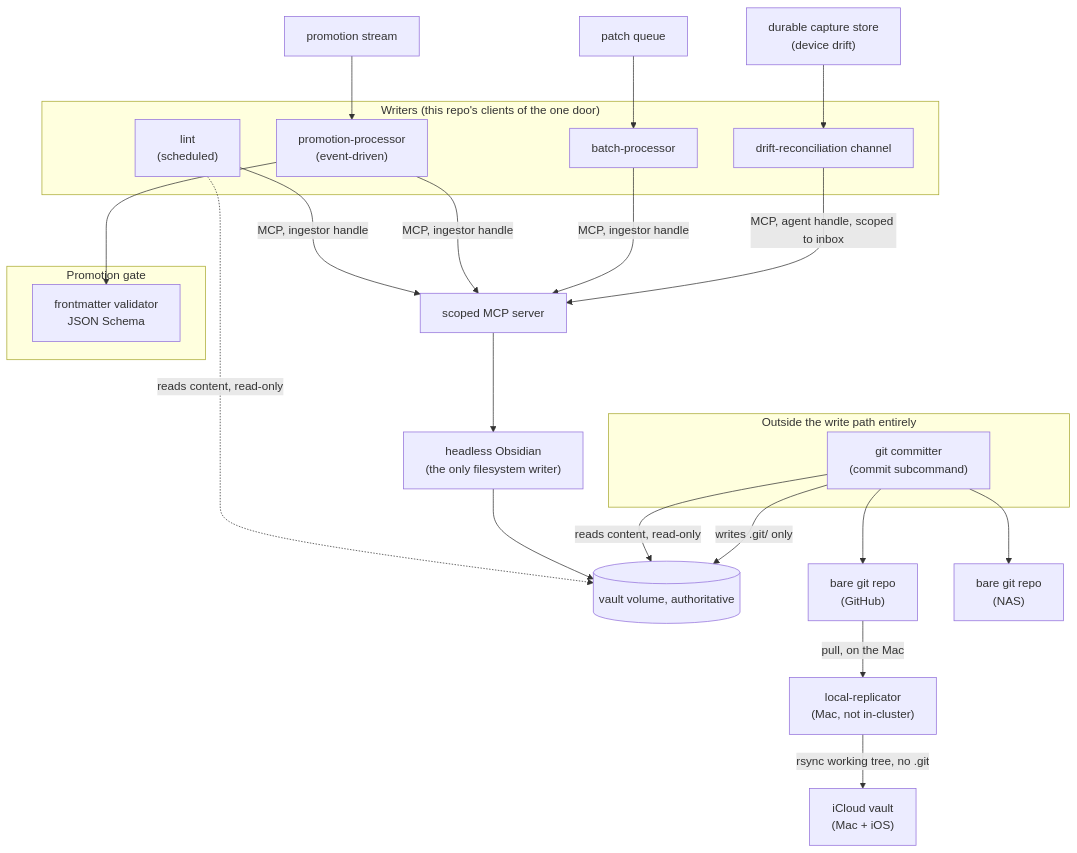
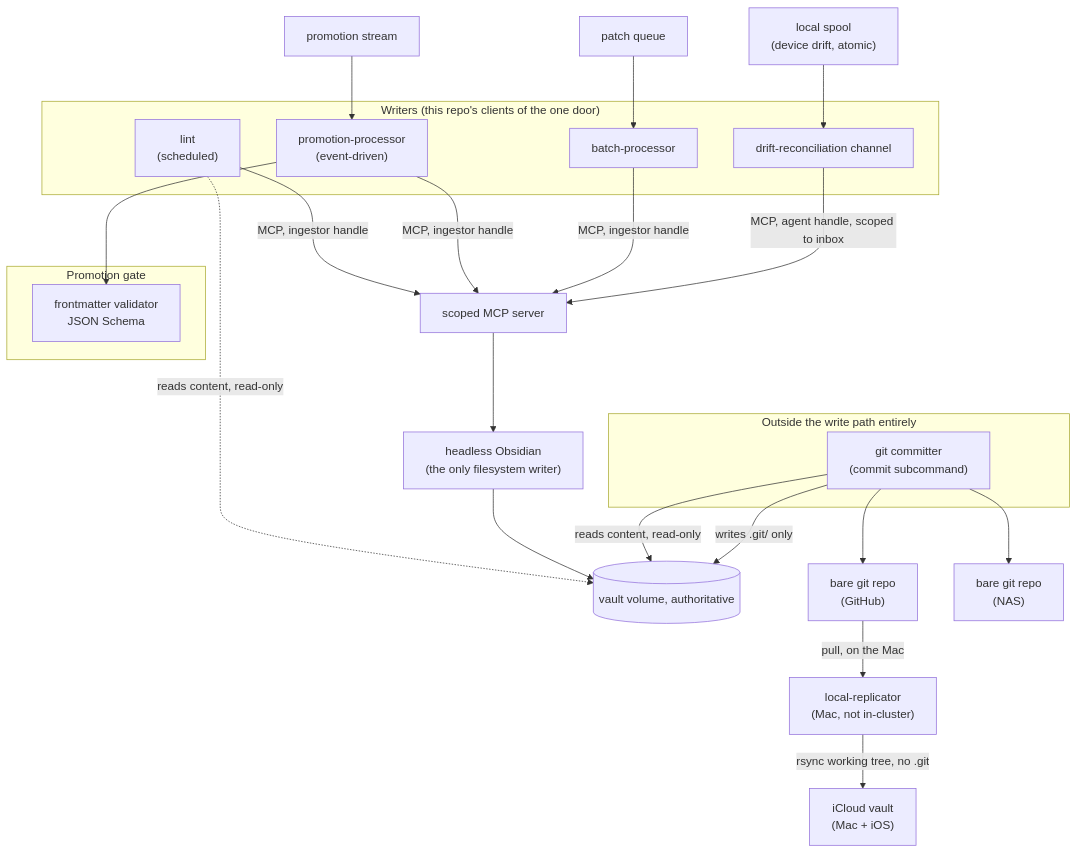
Before and after one commit to ppat/obsidian-tools: the diagram in DESIGN.md, drawn with Mermaid. The commit also changed other lines of this file and 35 other files, not shown here.

````diff
--- a/DESIGN.md
+++ b/DESIGN.md
@@ -77,39 +87,39 @@
 ```mermaid
 flowchart TB
     subgraph writers["Writers (this repo's clients of the one door)"]
         Lint["lint\n(scheduled)"]
         Promotion["promotion-processor\n(event-driven)"]
         Batch["batch-processor"]
         DriftChannel["drift-reconciliation channel"]
     end
 
     subgraph gate["Promotion gate"]
         Validator["frontmatter validator\nJSON Schema"]
     end
 
     PatchQueue["patch queue"] --> Batch
     PromotionStream["promotion stream"] --> Promotion
-    Capture["durable capture store\n(device drift)"] --> DriftChannel
+    Spool["local spool\n(device drift, atomic)"] --> DriftChannel
 
     Lint -->|"MCP, ingestor handle"| MCP["scoped MCP server"]
     Promotion -->|"MCP, ingestor handle"| MCP
     Batch -->|"MCP, ingestor handle"| MCP
     DriftChannel -->|"MCP, agent handle, scoped to inbox"| MCP
 
     Lint -.->|"reads content, read-only"| Volume
     Promotion --> Validator
 
     MCP --> Obsidian["headless Obsidian\n(the only filesystem writer)"]
     Obsidian --> Volume[("vault volume, authoritative")]
 
     subgraph committer_box["Outside the write path entirely"]
         Committer["git committer\n(commit subcommand)"]
     end
     Committer -->|"reads content, read-only"| Volume
     Committer -->|"writes .git/ only"| Volume
     Committer --> GitHubRepo["bare git repo\n(GitHub)"]
     Committer --> NasRepo["bare git repo\n(NAS)"]
 
     GitHubRepo -->|"pull, on the Mac"| Replication["local-replicator\n(Mac, not in-cluster)"]
     Replication -->|"rsync working tree, no .git"| ICloud["iCloud vault\n(Mac + iOS)"]
 ```
````
